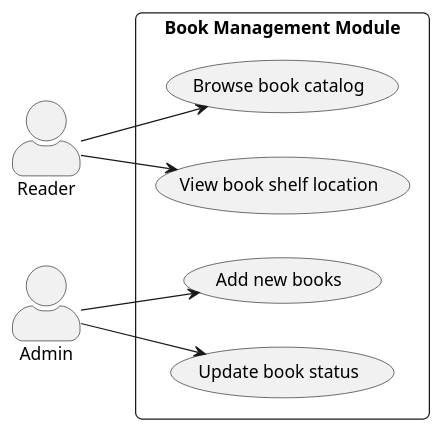
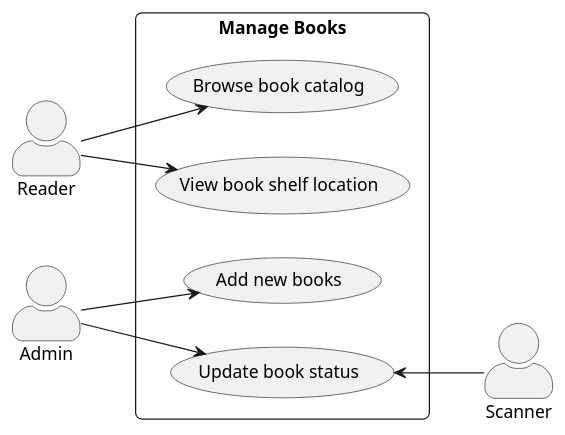
Before and after one commit to APC-SoCIT-TechKalang/SORA-Smart-Organized-Reading-Adventure: the diagram in docs/MSYADD1/Multi Module Use Case Diagram/TechKalang_UCD_ManageBooks.puml, drawn with PlantUML.

Commit message:
Add Scanner actor and update Manage Books use case

```diff
--- a/docs/MSYADD1/Multi Module Use Case Diagram/TechKalang_UCD_ManageBooks.puml
+++ b/docs/MSYADD1/Multi Module Use Case Diagram/TechKalang_UCD_ManageBooks.puml
@@ -1,26 +1,28 @@
 @startuml
 left to right direction
 skinparam packageStyle rectangle
 skinparam roundcorner 10
 skinparam actorStyle awesome
 
 ' Define Actors
 actor "Reader" as reader
 actor "Admin" as admin
+actor "Scanner" as scanner
 
 ' Define Module & Use Cases
-rectangle "Book Management Module" {
+rectangle "Manage Books" {
     usecase "Browse book catalog" as UC_Browse
     usecase "View book shelf location" as UC_ViewShelf
     usecase "Add new books" as UC_AddBooks
     usecase "Update book status" as UC_UpdateStatus
 }
 
 ' Connections
 reader --> UC_Browse
 reader --> UC_ViewShelf
 
 admin --> UC_AddBooks
 admin --> UC_UpdateStatus
 
+UC_UpdateStatus <-- scanner
 @enduml
```
